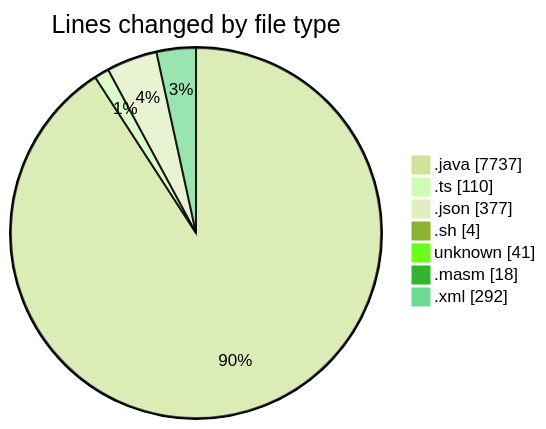
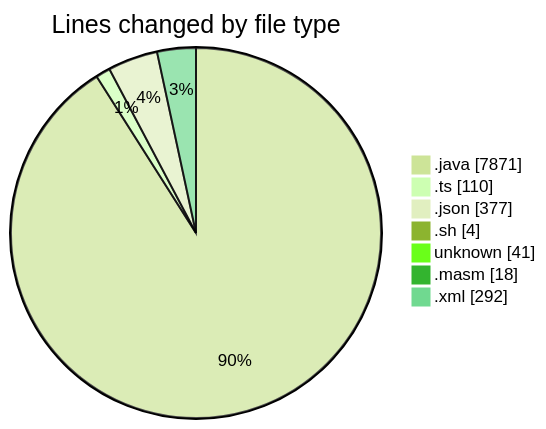
One commit to charlie-sans/code-tracking changed the first of 2 diagrams in 2025-02-20/micros/README.md. Above: the diagram before and after it, drawn with Mermaid (forest theme). The commit also changed other lines of this file and 1 other file, not shown here.

````diff
--- a/2025-02-20/micros/README.md
+++ b/2025-02-20/micros/README.md
@@ -48,11 +50,11 @@
 ```mermaid
 pie showData
 title Lines changed by file type
-".java" : 7737
+".java" : 7871
 ".ts" : 110
 ".json" : 377
 ".sh" : 4
 "unknown" : 41
 ".masm" : 18
 ".xml" : 292
 ```
````
